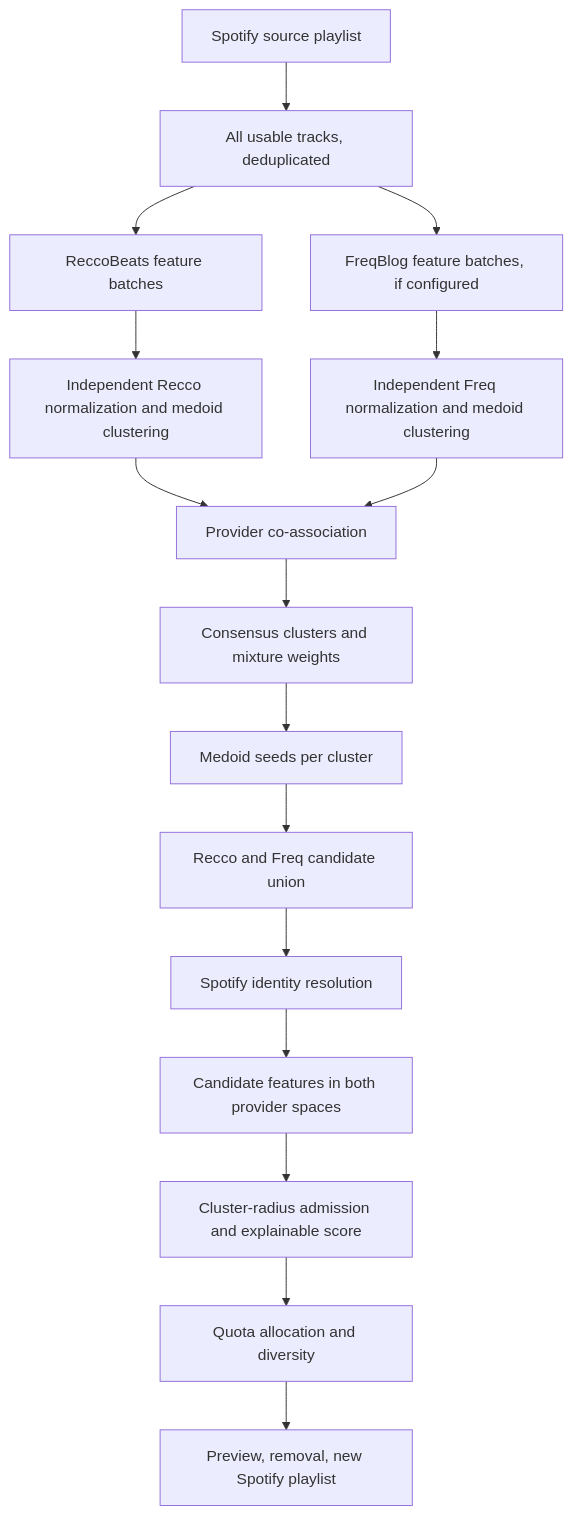
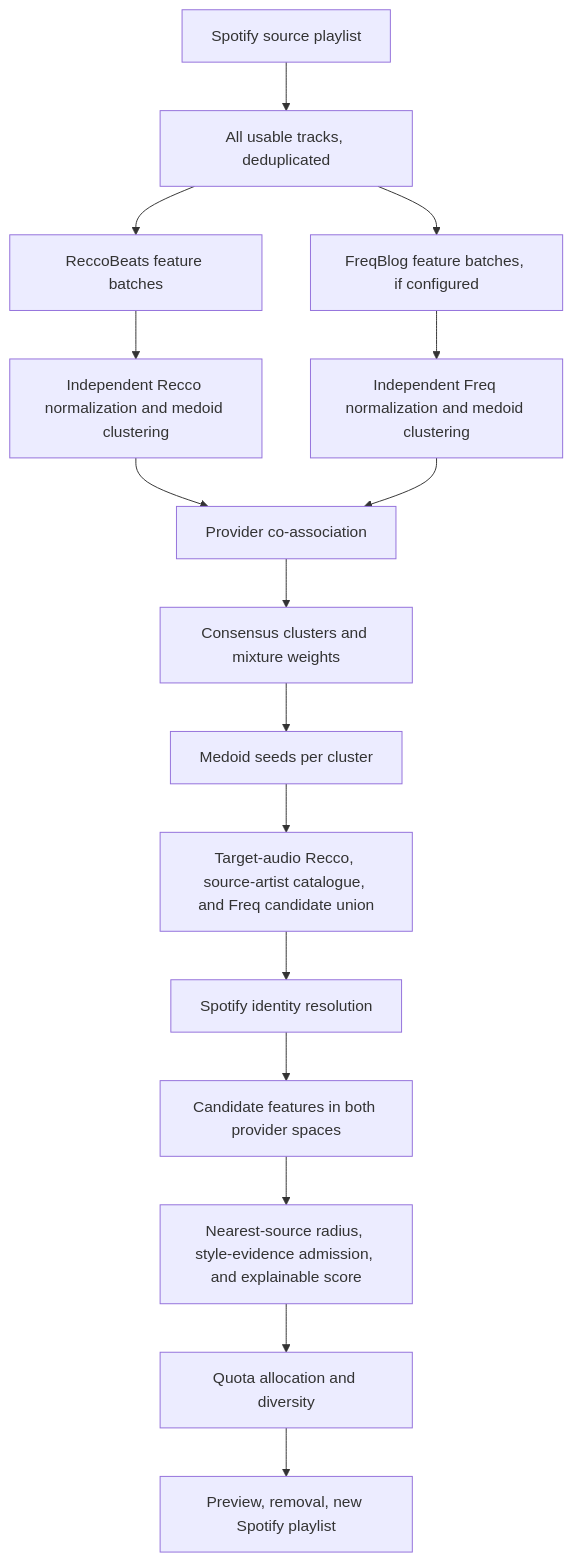
The diagram in docs/recommendation-engine.md (andaykhvc/Spotify-Similar-Playlist-Generator-), drawn with Mermaid before and after one commit. The commit also changed other lines of this file and 11 other files, not shown here.

````diff
--- a/docs/recommendation-engine.md
+++ b/docs/recommendation-engine.md
@@ -5,18 +5,18 @@
 ```mermaid
 flowchart TD
   A[Spotify source playlist] --> B[All usable tracks, deduplicated]
   B --> C[ReccoBeats feature batches]
   B --> D[FreqBlog feature batches, if configured]
   C --> E[Independent Recco normalization and medoid clustering]
   D --> F[Independent Freq normalization and medoid clustering]
   E --> G[Provider co-association]
   F --> G
   G --> H[Consensus clusters and mixture weights]
   H --> I[Medoid seeds per cluster]
-  I --> J[Recco and Freq candidate union]
+  I --> J[Target-audio Recco, source-artist catalogue, and Freq candidate union]
   J --> K[Spotify identity resolution]
   K --> L[Candidate features in both provider spaces]
-  L --> M[Cluster-radius admission and explainable score]
+  L --> M[Nearest-source radius, style-evidence admission, and explainable score]
   M --> N[Quota allocation and diversity]
   N --> O[Preview, removal, new Spotify playlist]
 ```
````
